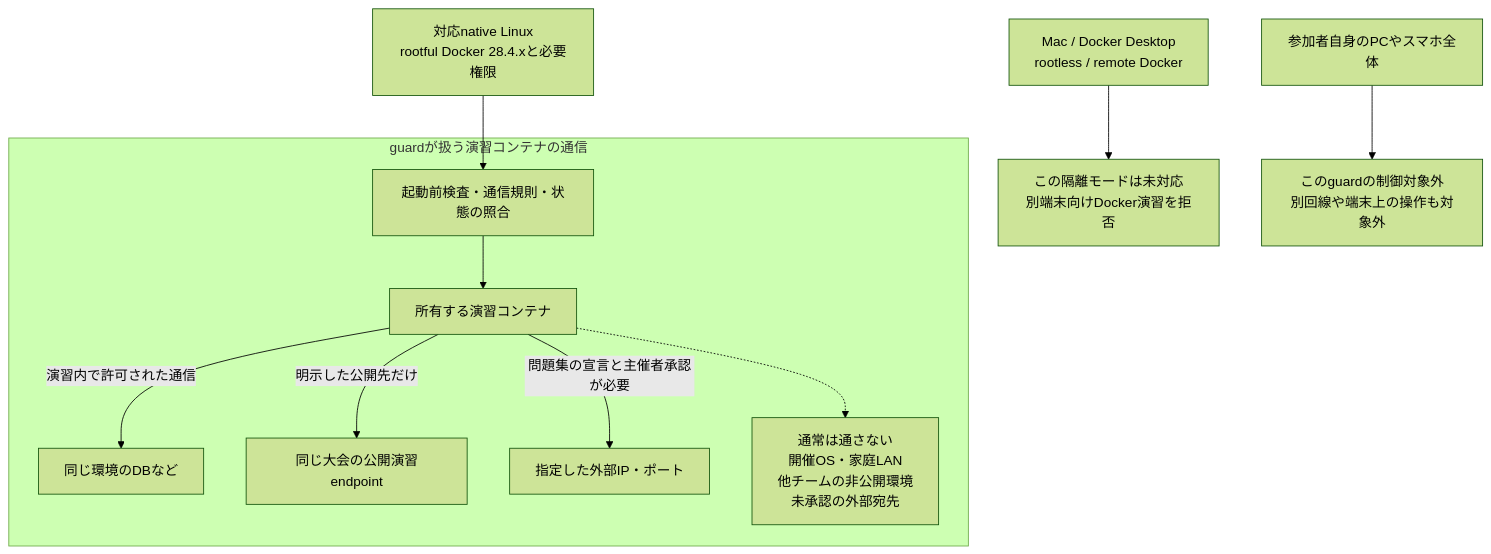
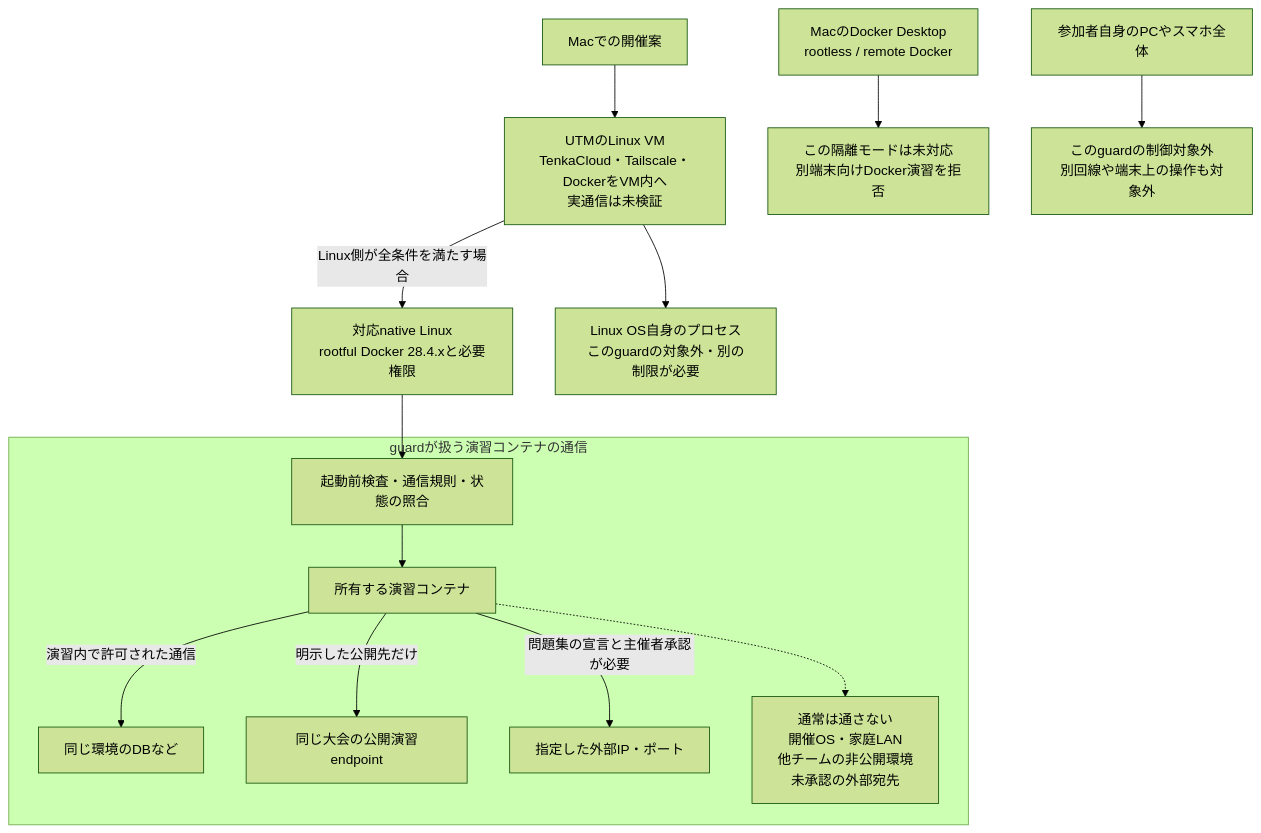
The seventh of 7 diagrams in articles/tenkacloud-tailscale-remote-event.md (susumutomita/zenn-article), drawn with Mermaid (forest theme) before and after one commit. The commit also changed other lines of this file, not shown here.

Commit message:
docs: explain TenkaCloud remote hosting motivation and LAN isolation (#328)

````diff
--- a/articles/tenkacloud-tailscale-remote-event.md
+++ b/articles/tenkacloud-tailscale-remote-event.md
@@ -395,13 +460,16 @@
 ```mermaid
 flowchart TB
-  M["Mac / Docker Desktop<br/>rootless / remote Docker"] --> X["この隔離モードは未対応<br/>別端末向けDocker演習を拒否"]
+  MAC["Macでの開催案"] --> VM["UTMのLinux VM<br/>TenkaCloud・Tailscale・DockerをVM内へ<br/>実通信は未検証"]
+  VM -->|"Linux側が全条件を満たす場合"| L
+  VM --> OS["Linux OS自身のプロセス<br/>このguardの対象外・別の制限が必要"]
+  M["MacのDocker Desktop<br/>rootless / remote Docker"] --> X["この隔離モードは未対応<br/>別端末向けDocker演習を拒否"]
   L["対応native Linux<br/>rootful Docker 28.4.xと必要権限"] --> G
   subgraph ISO["guardが扱う演習コンテナの通信"]
     G["起動前検査・通信規則・状態の照合"] --> C["所有する演習コンテナ"]
     C -->|"演習内で許可された通信"| DB["同じ環境のDBなど"]
     C -->|"明示した公開先だけ"| PUB["同じ大会の公開演習endpoint"]
     C -->|"問題集の宣言と主催者承認が必要"| NET["指定した外部IP・ポート"]
     C -.-> DENY["通常は通さない<br/>開催OS・家庭LAN<br/>他チームの非公開環境<br/>未承認の外部宛先"]
   end
   PC["参加者自身のPCやスマホ全体"] --> OUT["このguardの制御対象外<br/>別回線や端末上の操作も対象外"]
 ```
````
